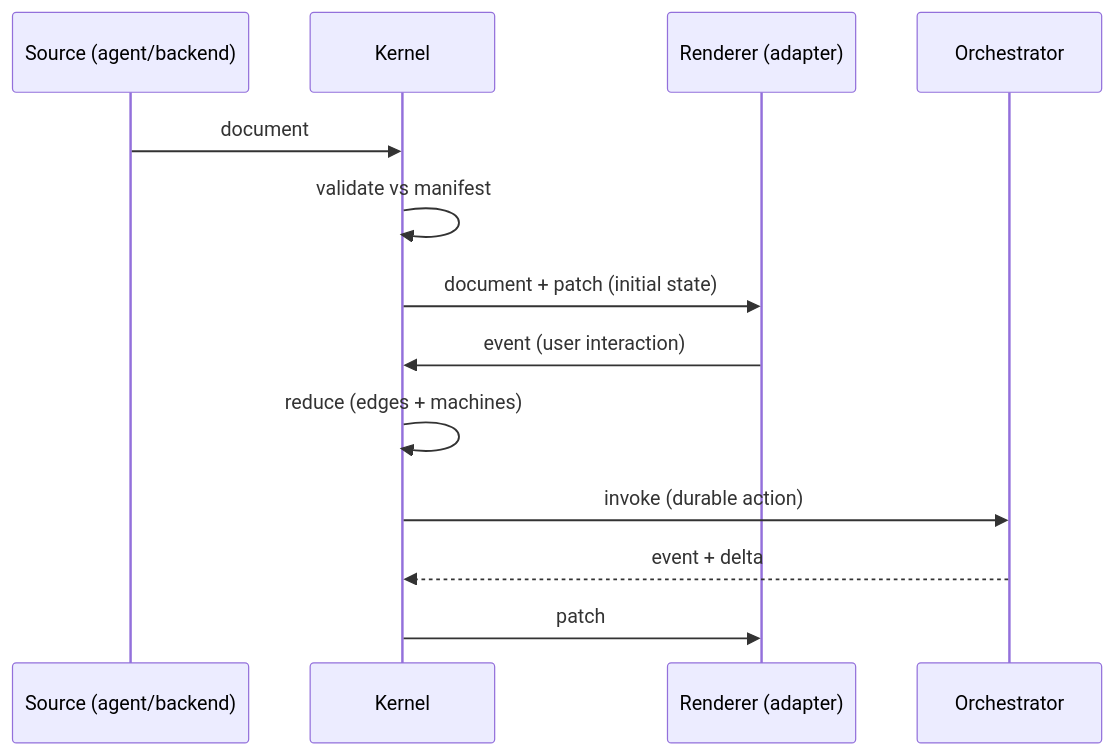
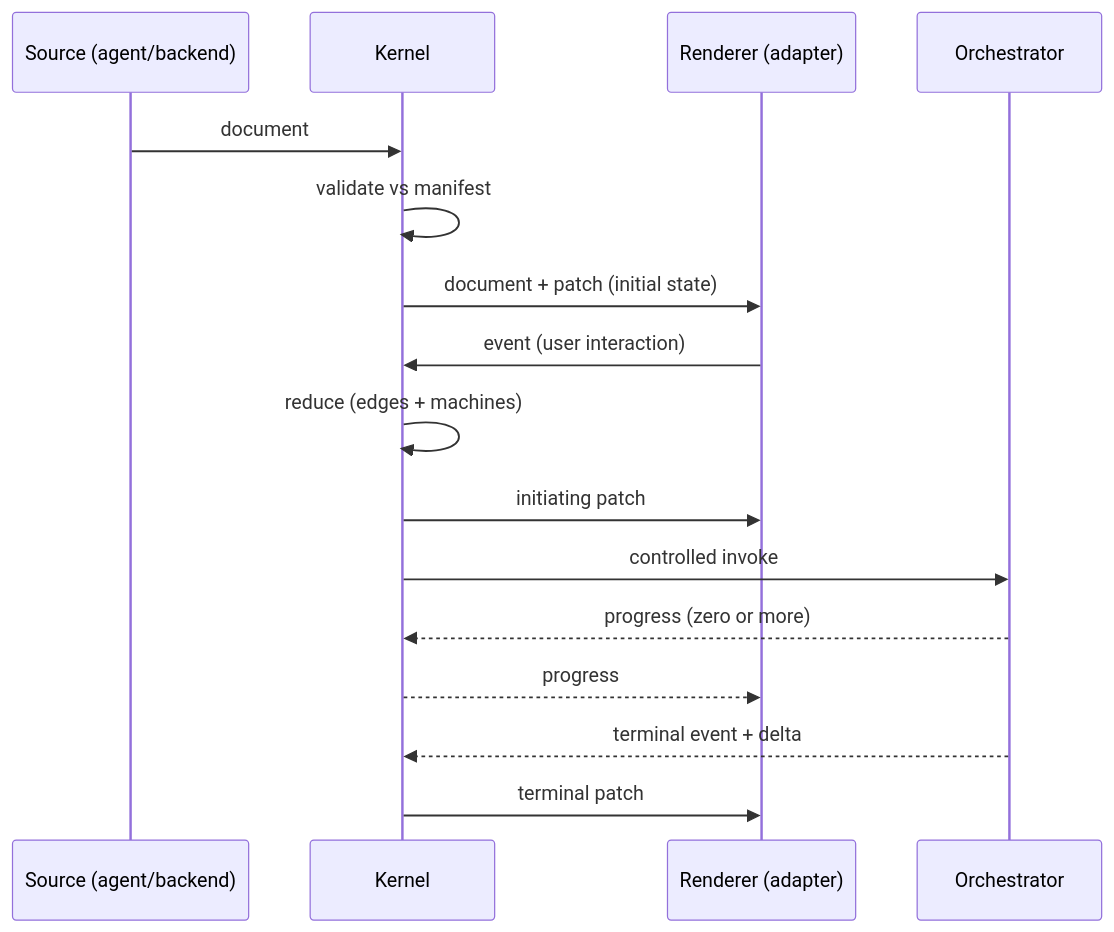
One commit to nsreehari/generative-interaction-kernel changed the diagram in docs/03-protocol.md. Above: the diagram before and after it, drawn with Mermaid. The commit also changed other lines of this file and 47 other files, not shown here.

Commit message:
Add controlled invocation progress

````diff
--- a/docs/03-protocol.md
+++ b/docs/03-protocol.md
@@ -107,15 +120,18 @@
 ```mermaid
 sequenceDiagram
   participant S as Source (agent/backend)
   participant K as Kernel
   participant R as Renderer (adapter)
   participant O as Orchestrator
   S->>K: document
   K->>K: validate vs manifest
   K->>R: document + patch (initial state)
   R->>K: event (user interaction)
   K->>K: reduce (edges + machines)
-  K->>O: invoke (durable action)
-  O-->>K: event + delta
-  K->>R: patch
+  K->>R: initiating patch
+  K->>O: controlled invoke
+  O-->>K: progress (zero or more)
+  K-->>R: progress
+  O-->>K: terminal event + delta
+  K->>R: terminal patch
 ```
````
